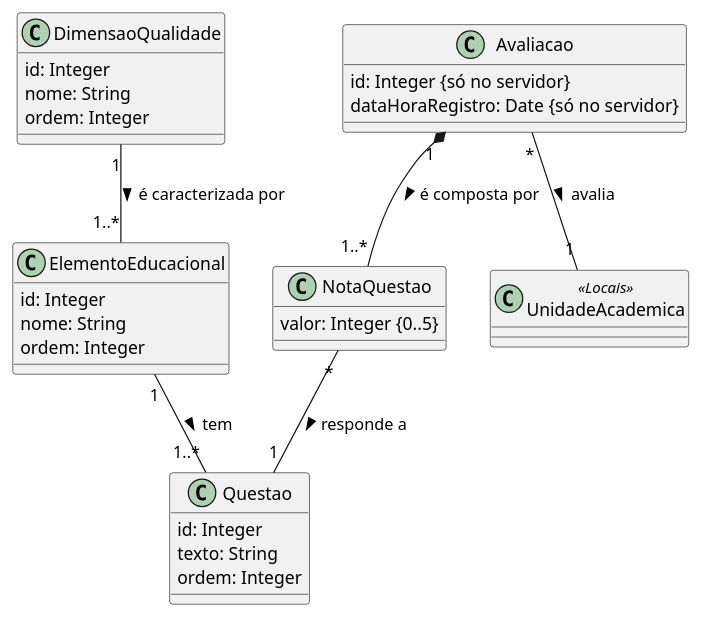
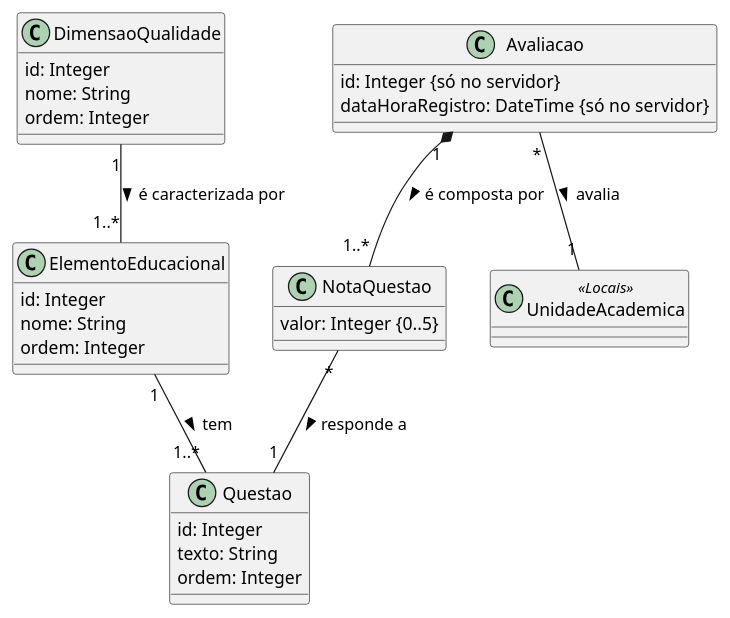
One commit to joseduardogon/Minha_UFG_Grupo_Cinza changed the diagram in AvalRegistrar/DD-AvalRegistrar-01.md. Above: the diagram before and after it, drawn with PlantUML. The commit also changed other lines of this file and 38 other files, not shown here.

````diff
--- a/AvalRegistrar/DD-AvalRegistrar-01.md
+++ b/AvalRegistrar/DD-AvalRegistrar-01.md
@@ -89,31 +89,31 @@
 ```plantuml
 class DimensaoQualidade {
   id: Integer
   nome: String
   ordem: Integer
 }
 class ElementoEducacional {
   id: Integer
   nome: String
   ordem: Integer
 }
 class Questao {
   id: Integer
   texto: String
   ordem: Integer
 }
 class Avaliacao {
   id: Integer {só no servidor}
-  dataHoraRegistro: Date {só no servidor}
+  dataHoraRegistro: DateTime {só no servidor}
 }
 class NotaQuestao {
   valor: Integer {0..5}
 }
 class UnidadeAcademica <<Locais>>
 
 DimensaoQualidade "1" -- "1..*" ElementoEducacional : é caracterizada por >
 ElementoEducacional "1" -- "1..*" Questao : tem >
 Avaliacao "*" -- "1" UnidadeAcademica : avalia >
 Avaliacao "1" *-- "1..*" NotaQuestao : é composta por >
 NotaQuestao "*" -- "1" Questao : responde a >
 ```
````
